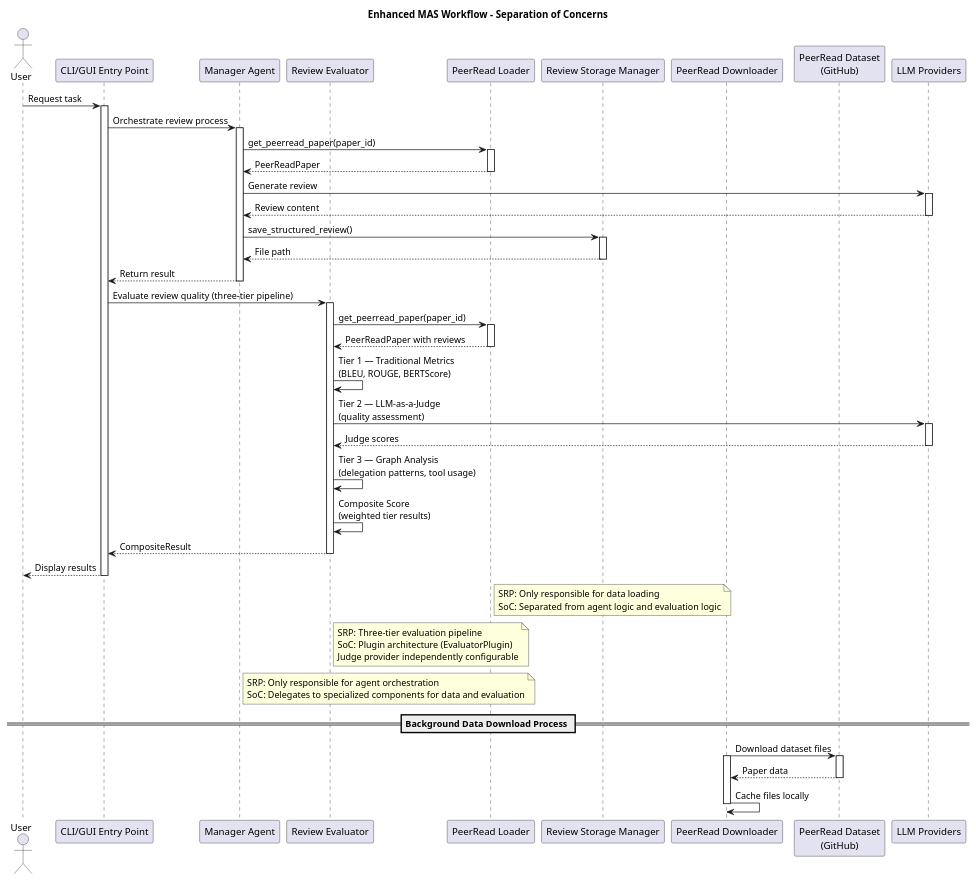
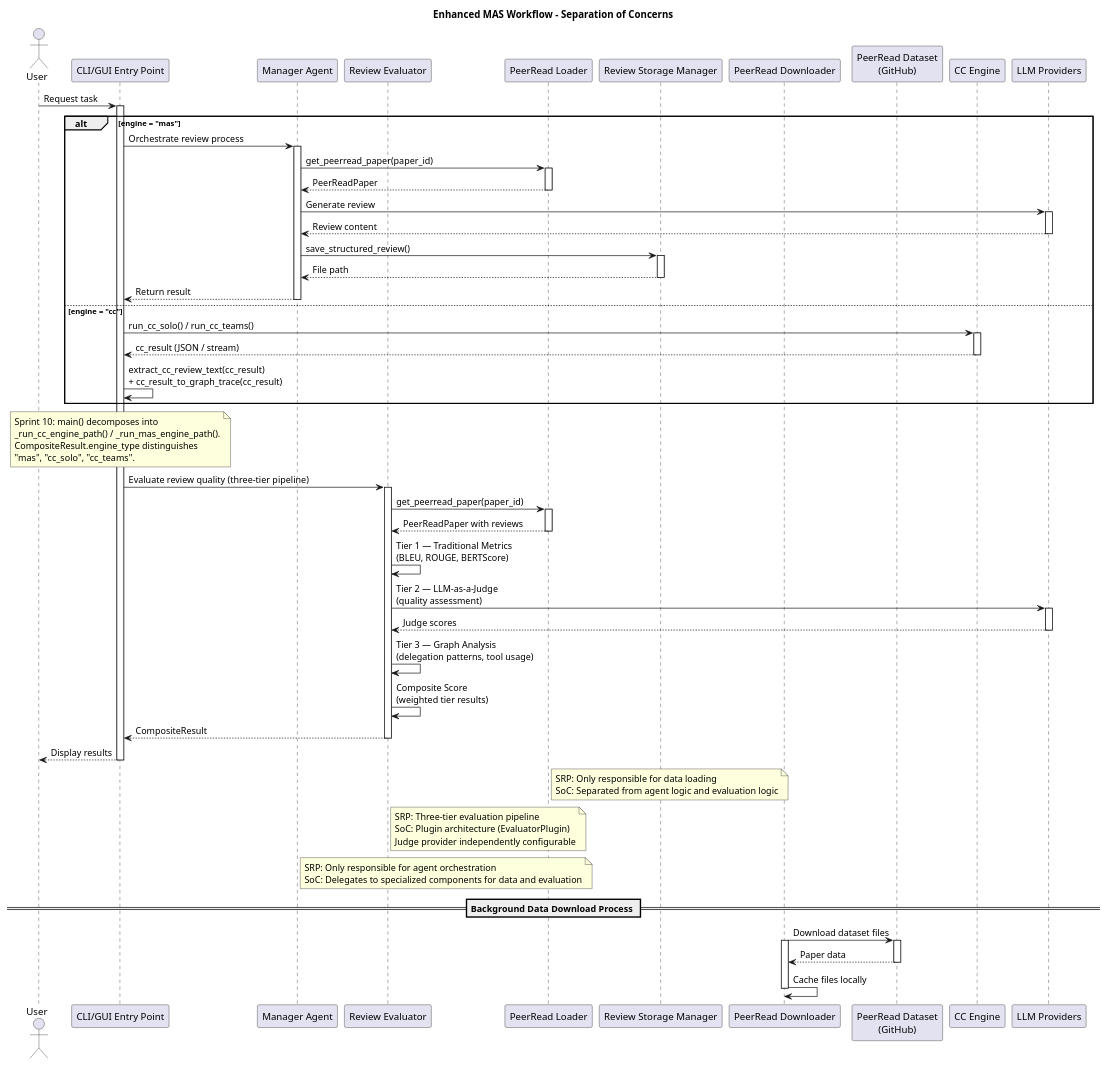
One commit to qte77/Agents-eval changed the diagram in docs/arch_vis/mas-enhanced-workflow.plantuml. Above: the diagram before and after it, drawn with PlantUML. The commit also changed 93 other files, not shown here.

```diff
--- a/docs/arch_vis/mas-enhanced-workflow.plantuml
+++ b/docs/arch_vis/mas-enhanced-workflow.plantuml
@@ -1,86 +1,106 @@
 @startuml mas-enhanced-workflow
 title Enhanced MAS Workflow - Separation of Concerns
 
 actor User
 participant "CLI/GUI Entry Point" as MainApp
 participant "Manager Agent" as Manager
 participant "Review Evaluator" as Evaluator
 participant "PeerRead Loader" as Loader
 participant "Review Storage Manager" as Storage
 participant "PeerRead Downloader" as Downloader
 participant "PeerRead Dataset\n(GitHub)" as ExternalDataset
+participant "CC Engine" as CCEngine
 participant "LLM Providers" as LLM
 
 User -> MainApp: Request task
 activate MainApp
 
-MainApp -> Manager: Orchestrate review process
-activate Manager
+alt engine = "mas"
 
-Manager -> Loader: get_peerread_paper(paper_id)
-activate Loader
-Loader --> Manager: PeerReadPaper
-deactivate Loader
+    MainApp -> Manager: Orchestrate review process
+    activate Manager
 
-Manager -> LLM: Generate review
-activate LLM
-LLM --> Manager: Review content
-deactivate LLM
+    Manager -> Loader: get_peerread_paper(paper_id)
+    activate Loader
+    Loader --> Manager: PeerReadPaper
+    deactivate Loader
 
-Manager -> Storage: save_structured_review()
-activate Storage
-Storage --> Manager: File path
-deactivate Storage
+    Manager -> LLM: Generate review
+    activate LLM
+    LLM --> Manager: Review content
+    deactivate LLM
 
-Manager --> MainApp: Return result
-deactivate Manager
+    Manager -> Storage: save_structured_review()
+    activate Storage
+    Storage --> Manager: File path
+    deactivate Storage
+
+    Manager --> MainApp: Return result
+    deactivate Manager
+
+else engine = "cc"
+
+    MainApp -> CCEngine: run_cc_solo() / run_cc_teams()
+    activate CCEngine
+    CCEngine --> MainApp: cc_result (JSON / stream)
+    deactivate CCEngine
+    MainApp -> MainApp: extract_cc_review_text(cc_result)\n+ cc_result_to_graph_trace(cc_result)
+
+end
+
+note over MainApp
+  Sprint 10: main() decomposes into
+  _run_cc_engine_path() / _run_mas_engine_path().
+  CompositeResult.engine_type distinguishes
+  "mas", "cc_solo", "cc_teams".
+end note
 
 MainApp -> Evaluator: Evaluate review quality (three-tier pipeline)
 activate Evaluator
 
 Evaluator -> Loader: get_peerread_paper(paper_id)
 activate Loader
 Loader --> Evaluator: PeerReadPaper with reviews
 deactivate Loader
 
 Evaluator -> Evaluator: Tier 1 — Traditional Metrics\n(BLEU, ROUGE, BERTScore)
 Evaluator -> LLM: Tier 2 — LLM-as-a-Judge\n(quality assessment)
 activate LLM
 LLM --> Evaluator: Judge scores
 deactivate LLM
 Evaluator -> Evaluator: Tier 3 — Graph Analysis\n(delegation patterns, tool usage)
 Evaluator -> Evaluator: Composite Score\n(weighted tier results)
 
 Evaluator --> MainApp: CompositeResult
 deactivate Evaluator
 
 MainApp --> User: Display results
 deactivate MainApp
 
 note right of Loader
   SRP: Only responsible for data loading
   SoC: Separated from agent logic and evaluation logic
 end note
 
 note right of Evaluator
   SRP: Three-tier evaluation pipeline
   SoC: Plugin architecture (EvaluatorPlugin)
   Judge provider independently configurable
 end note
 
 note right of Manager
   SRP: Only responsible for agent orchestration
   SoC: Delegates to specialized components for data and evaluation
 end note
 
 == Background Data Download Process ==
 
 Downloader -> ExternalDataset: Download dataset files
 activate Downloader
 activate ExternalDataset
 ExternalDataset --> Downloader: Paper data
 deactivate ExternalDataset
 Downloader -> Downloader: Cache files locally
 deactivate Downloader
 
 @enduml
```
